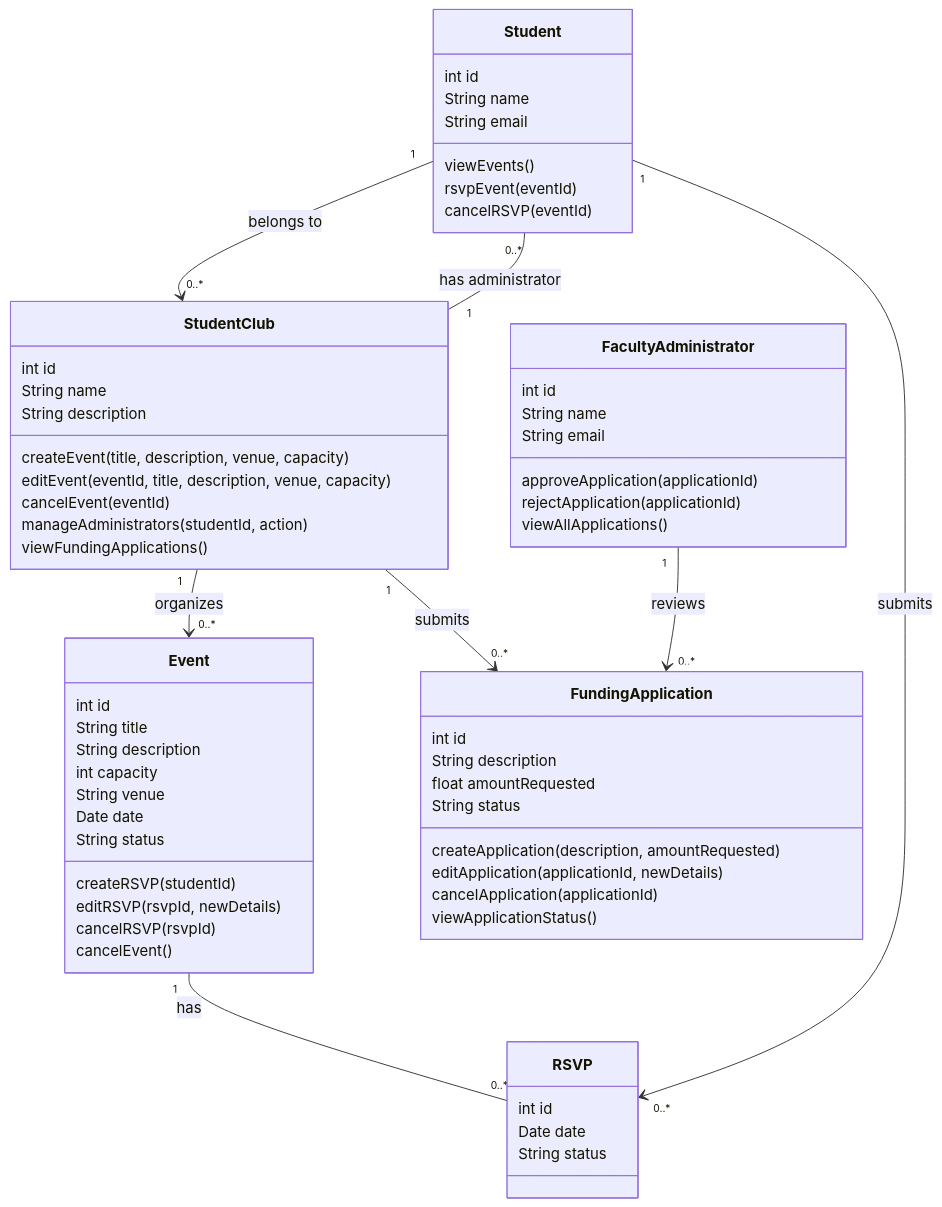
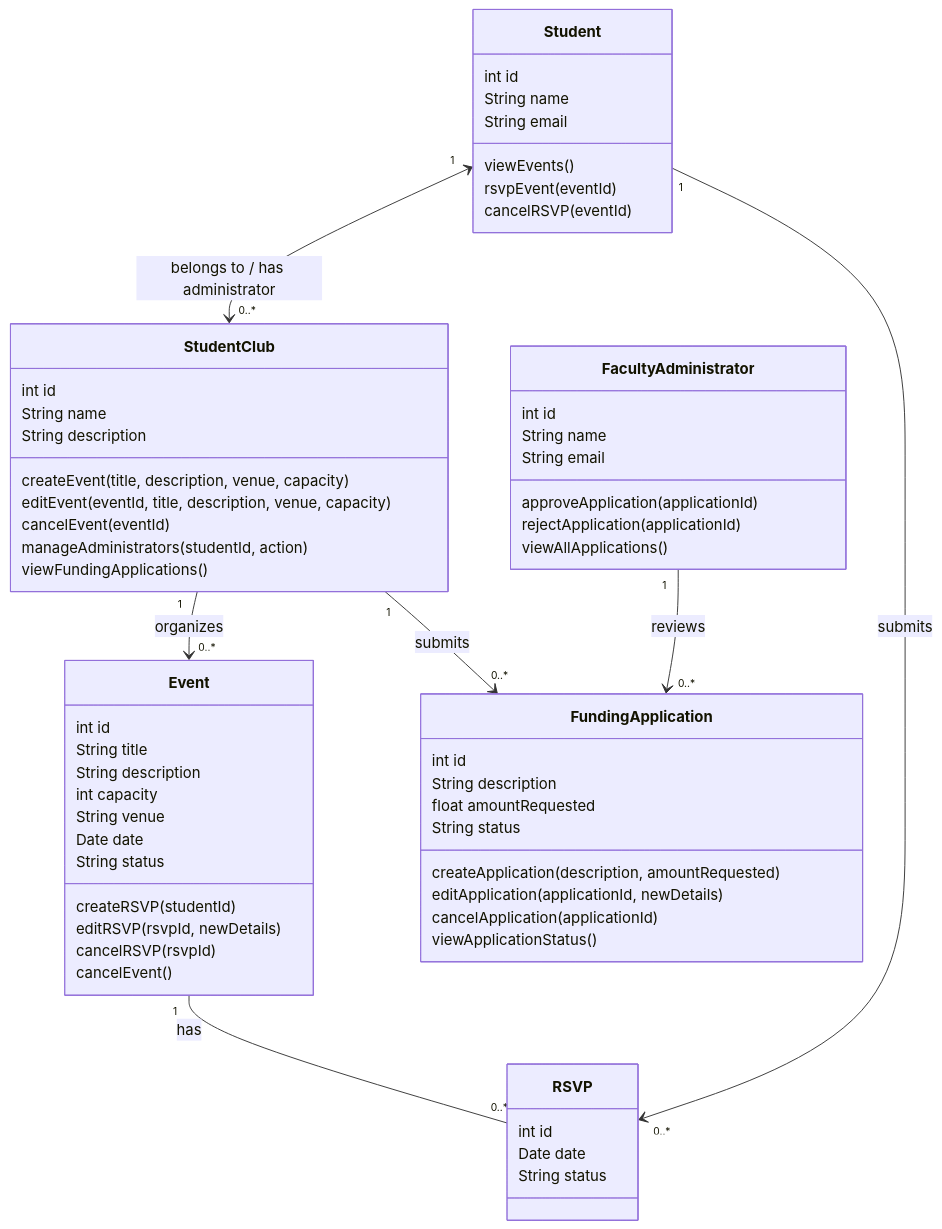
The diagram in DomainModel.mmd (LiWinston/SDAMC), drawn with Mermaid before and after one commit.

Commit message:
Update DomainModel.mmd
replace with double arrow

```diff
--- a/DomainModel.mmd
+++ b/DomainModel.mmd
@@ -1,68 +1,67 @@
 classDiagram
-    Student "1" --> "0..*" StudentClub : belongs to
-    StudentClub "1" -- "0..*" Student : has administrator
+    Student "1" <--> "0..*" StudentClub : belongs to / has administrator
     StudentClub "1" --> "0..*" Event : organizes
     Event "1" -- "0..*" RSVP : has
     Student "1" --> "0..*" RSVP : submits
     StudentClub "1" --> "0..*" FundingApplication : submits
     FacultyAdministrator "1" --> "0..*" FundingApplication : reviews
 
     class Student {
         int id
         String name
         String email
         viewEvents()
         rsvpEvent(eventId)
         cancelRSVP(eventId)
     }
 
     class StudentClub {
         int id
         String name
         String description
         createEvent(title, description, venue, capacity)
         editEvent(eventId, title, description, venue, capacity)
         cancelEvent(eventId)
         manageAdministrators(studentId, action)
         viewFundingApplications()
     }
 
     class Event {
         int id
         String title
         String description
         int capacity
         String venue
         Date date
         String status
         createRSVP(studentId)
         editRSVP(rsvpId, newDetails)
         cancelRSVP(rsvpId)
         cancelEvent()
     }
 
     class RSVP {
         int id
         Date date
         String status
     }
 
     class FundingApplication {
         int id
         String description
         float amountRequested
         String status
         createApplication(description, amountRequested)
         editApplication(applicationId, newDetails)
         cancelApplication(applicationId)
         viewApplicationStatus()
     }
 
     class FacultyAdministrator {
         int id
         String name
         String email
         approveApplication(applicationId)
         rejectApplication(applicationId)
         viewAllApplications()
     }
```
